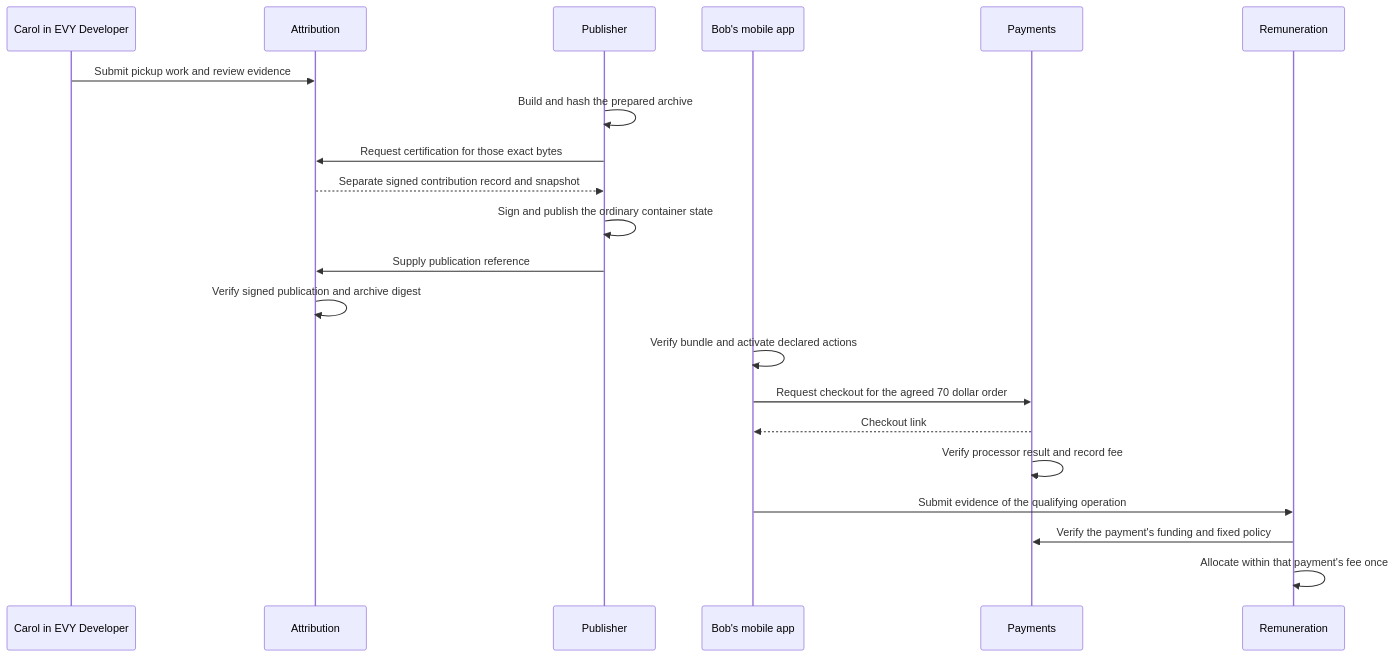
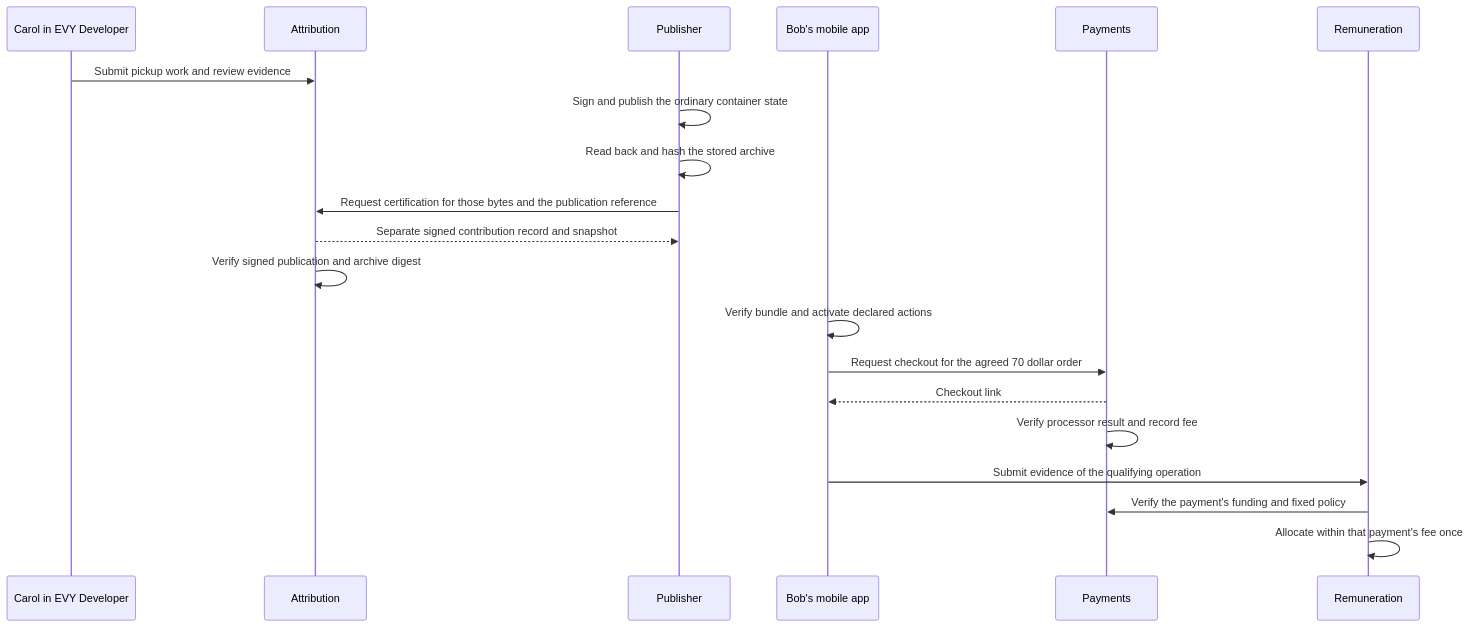
Before and after one commit to EVY-Platform/evy-freenet-plans: the second of 2 diagrams in README.md, drawn with Mermaid. The commit also changed other lines of this file and 12 other files, not shown here.

````diff
--- a/README.md
+++ b/README.md
@@ -100,23 +100,22 @@
 ```mermaid
 sequenceDiagram
     participant Carol as Carol in EVY Developer
     participant Attribution
     participant Publisher
     participant App as Bob's mobile app
     participant Payments
     participant Remuneration
     Carol->>Attribution: Submit pickup work and review evidence
-    Publisher->>Publisher: Build and hash the prepared archive
-    Publisher->>Attribution: Request certification for those exact bytes
+    Publisher->>Publisher: Sign and publish the ordinary container state
+    Publisher->>Publisher: Read back and hash the stored archive
+    Publisher->>Attribution: Request certification for those bytes and the publication reference
     Attribution-->>Publisher: Separate signed contribution record and snapshot
-    Publisher->>Publisher: Sign and publish the ordinary container state
-    Publisher->>Attribution: Supply publication reference
     Attribution->>Attribution: Verify signed publication and archive digest
     App->>App: Verify bundle and activate declared actions
     App->>Payments: Request checkout for the agreed 70 dollar order
     Payments-->>App: Checkout link
     Payments->>Payments: Verify processor result and record fee
     App->>Remuneration: Submit evidence of the qualifying operation
     Remuneration->>Payments: Verify the payment's funding and fixed policy
     Remuneration->>Remuneration: Allocate within that payment's fee once
 ```
````
